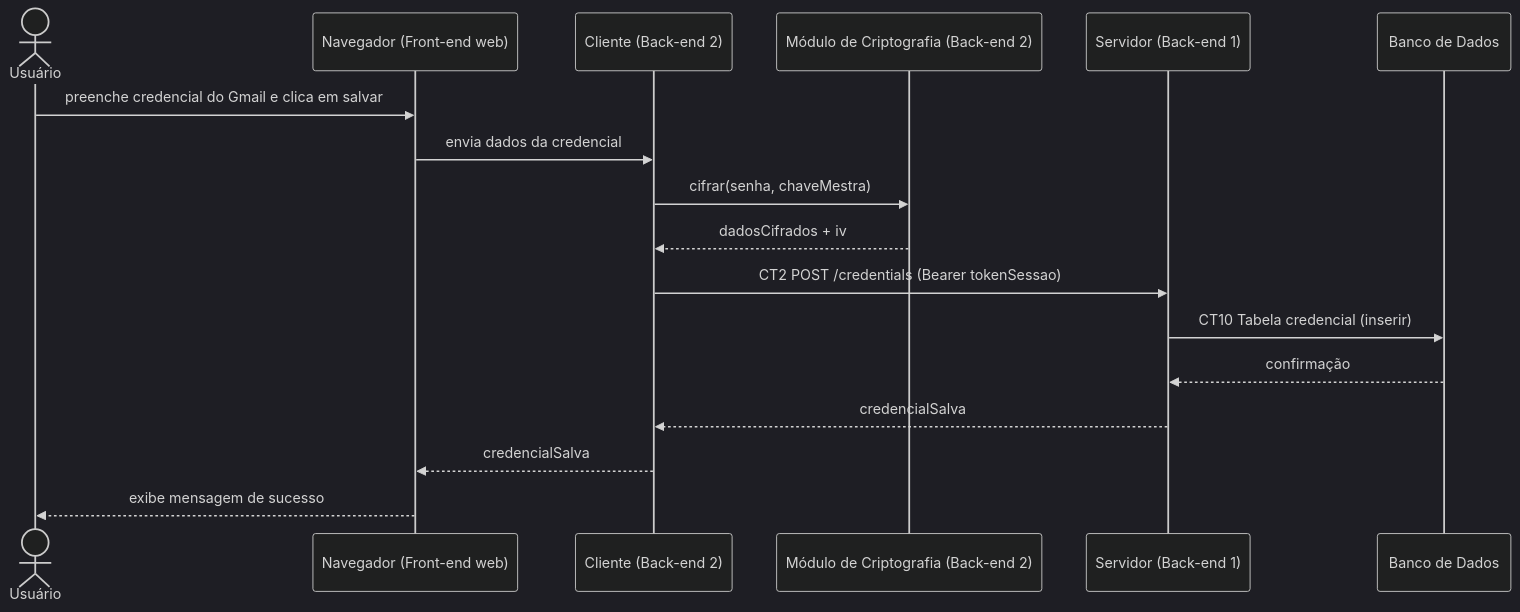
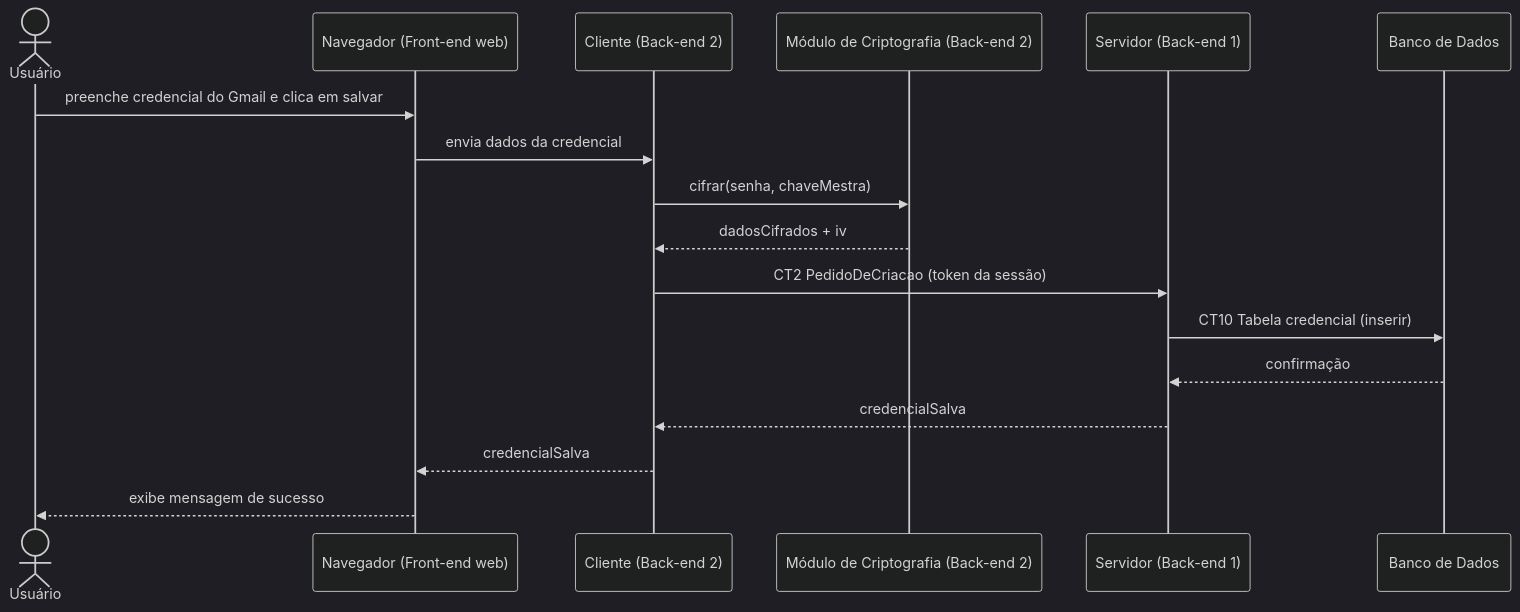
The diagram in docs/fluxos/E4-salvamento-credencial-cifrada.md (egili/pi4-0101-g6-frontend), drawn with Mermaid (dark theme) before and after one commit. The commit also changed other lines of this file and 8 other files, not shown here.

````diff
--- a/docs/fluxos/E4-salvamento-credencial-cifrada.md
+++ b/docs/fluxos/E4-salvamento-credencial-cifrada.md
@@ -18,20 +18,20 @@
 ```mermaid
 sequenceDiagram
     actor U as Usuário
     participant N as Navegador (Front-end web)
     participant C as Cliente (Back-end 2)
     participant CM as Módulo de Criptografia (Back-end 2)
     participant S as Servidor (Back-end 1)
     participant DB as Banco de Dados
 
     U->>N: preenche credencial do Gmail e clica em salvar
     N->>C: envia dados da credencial
     C->>CM: cifrar(senha, chaveMestra)
     CM-->>C: dadosCifrados + iv
-    C->>S: CT2 POST /credentials (Bearer tokenSessao)
+    C->>S: CT2 PedidoDeCriacao (token da sessão)
     S->>DB: CT10 Tabela credencial (inserir)
     DB-->>S: confirmação
     S-->>C: credencialSalva
     C-->>N: credencialSalva
     N-->>U: exibe mensagem de sucesso
 ```
````
